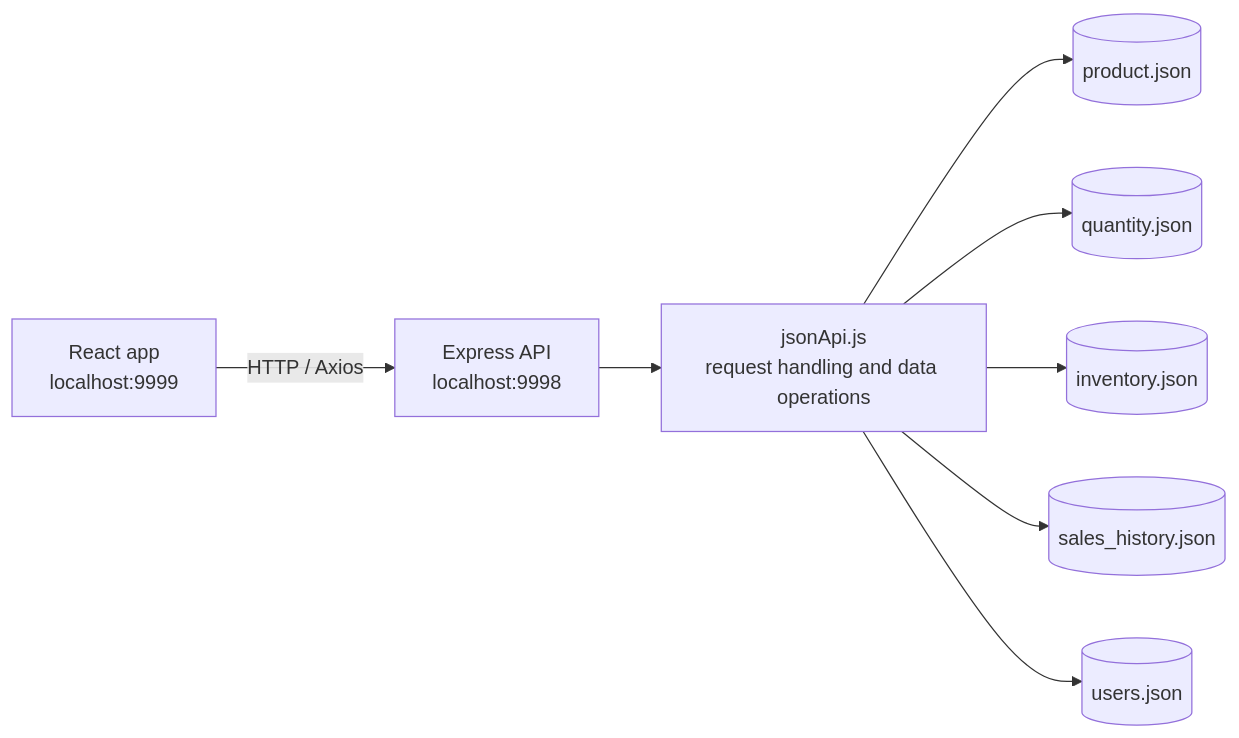
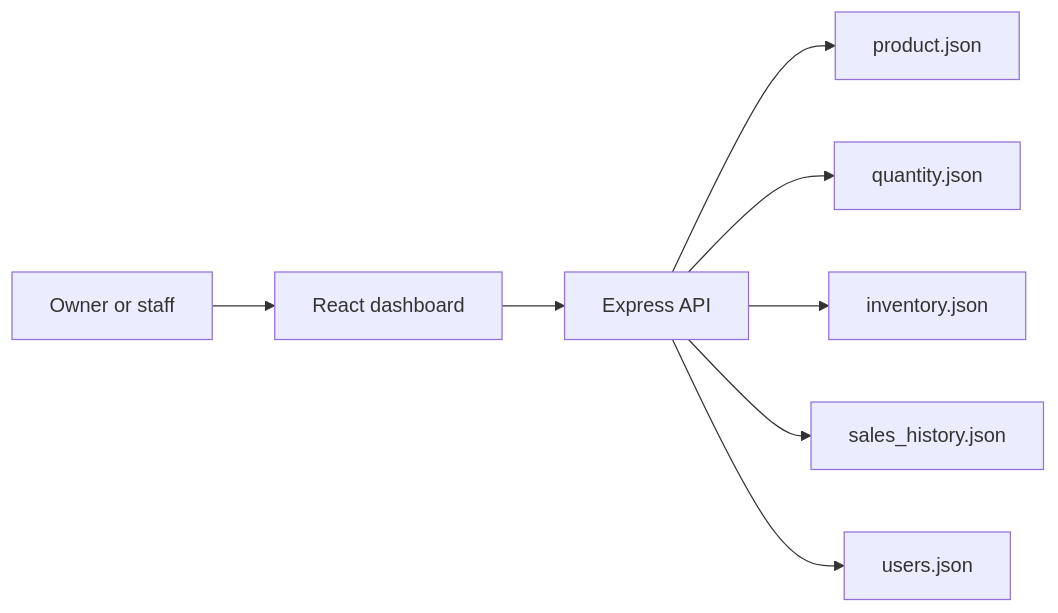
One commit to healan/sales-system changed the diagram in README.md. Above: the diagram before and after it, drawn with Mermaid. The commit also changed other lines of this file and 1 other file, not shown here.

````diff
--- a/README.md
+++ b/README.md
@@ -16,10 +87,10 @@
 ```mermaid
 flowchart LR
-    Browser[React app<br/>localhost:9999] -->|HTTP / Axios| API[Express API<br/>localhost:9998]
-    API --> Handlers[jsonApi.js<br/>request handling and data operations]
-    Handlers --> Products[(product.json)]
-    Handlers --> Quantities[(quantity.json)]
-    Handlers --> Inventory[(inventory.json)]
-    Handlers --> History[(sales_history.json)]
-    Handlers --> Users[(users.json)]
+    Staff[Owner or staff] --> Web[React dashboard]
+    Web --> API[Express API]
+    API --> Products[product.json]
+    API --> Sales[quantity.json]
+    API --> Stock[inventory.json]
+    API --> History[sales_history.json]
+    API --> Users[users.json]
 ```
````
